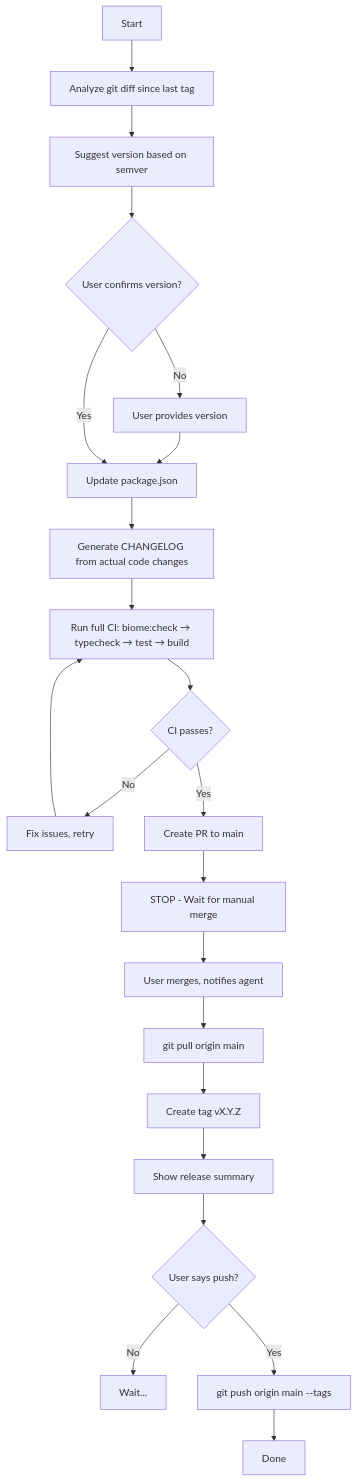
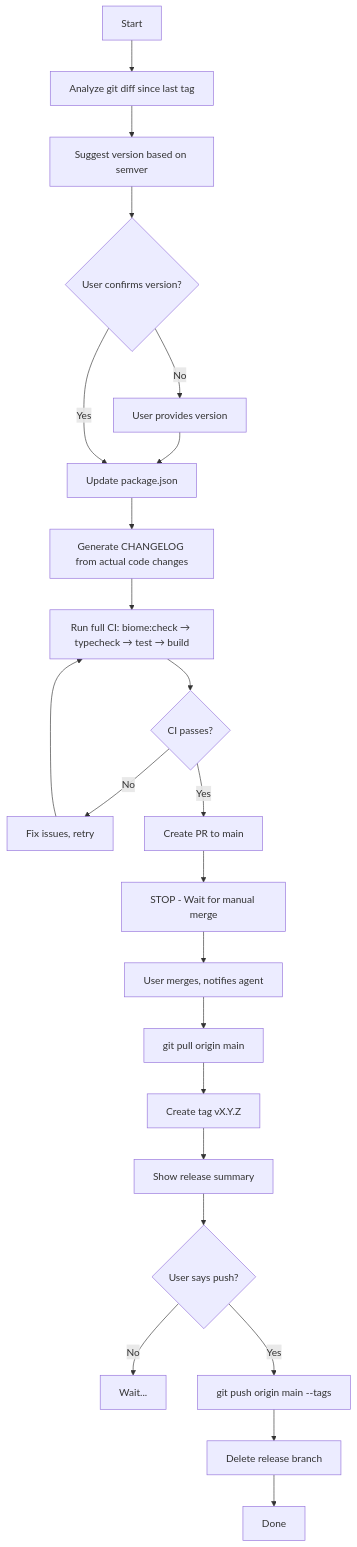
The diagram in .agents/skills/releasing-opencode-stats-engine/SKILL.md (yansongda/opencode-stats-engine), drawn with Mermaid before and after one commit. The commit also changed other lines of this file, not shown here.

Commit message:
docs: add branch cleanup step to release skill (#5)

````diff
--- a/.agents/skills/releasing-opencode-stats-engine/SKILL.md
+++ b/.agents/skills/releasing-opencode-stats-engine/SKILL.md
@@ -21,24 +21,25 @@
 ```mermaid
 graph TD
     A[Start] --> B[Analyze git diff since last tag]
     B --> C[Suggest version based on semver]
     C --> D{User confirms version?}
     D -->|No| E[User provides version]
     E --> F[Update package.json]
     D -->|Yes| F
     F --> G[Generate CHANGELOG from actual code changes]
     G --> H[Run full CI: biome:check → typecheck → test → build]
     H --> I{CI passes?}
     I -->|No| J[Fix issues, retry]
     J --> H
     I -->|Yes| K[Create PR to main]
     K --> L[STOP - Wait for manual merge]
     L --> M[User merges, notifies agent]
     M --> N[git pull origin main]
     N --> O[Create tag vX.Y.Z]
     O --> P[Show release summary]
     P --> Q{User says push?}
     Q -->|No| R[Wait...]
     Q -->|Yes| S[git push origin main --tags]
-    S --> T[Done]
+    S --> T[Delete release branch]
+    T --> U[Done]
 ```
````
